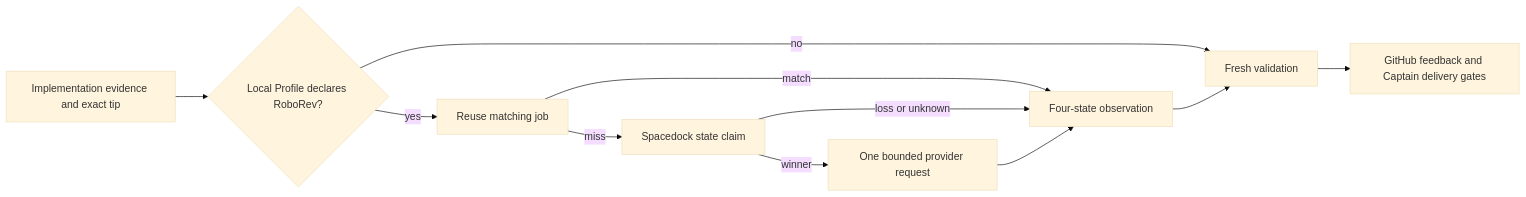
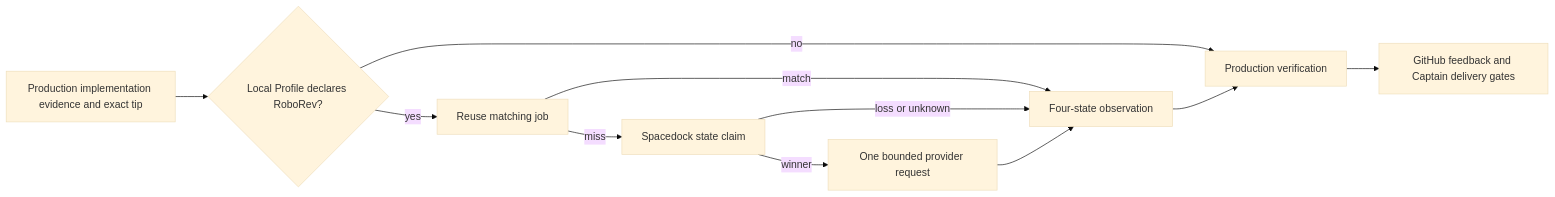
Before and after one commit to iamcxa/kc-claude-plugins: the second of 3 diagrams in ARCHITECTURE.md, drawn with Mermaid (base theme). The commit also changed other lines of this file and 53 other files, not shown here.

Commit message:
feat(kc-dev-flow): add profile-native delivery routes

````diff
--- a/ARCHITECTURE.md
+++ b/ARCHITECTURE.md
@@ -56,13 +66,13 @@
 ```mermaid
 flowchart LR
-    I[Implementation evidence and exact tip] --> D{Local Profile declares RoboRev?}
-    D -->|no| V[Fresh validation]
+    I[Production implementation evidence and exact tip] --> D{Local Profile declares RoboRev?}
+    D -->|no| V[Production verification]
     D -->|yes| R[Reuse matching job]
     R -->|match| E[Four-state observation]
     R -->|miss| C[Spacedock state claim]
     C -->|winner| Q[One bounded provider request]
     C -->|loss or unknown| E
     Q --> E
     E --> V
     V --> G[GitHub feedback and Captain delivery gates]
 ```
````
